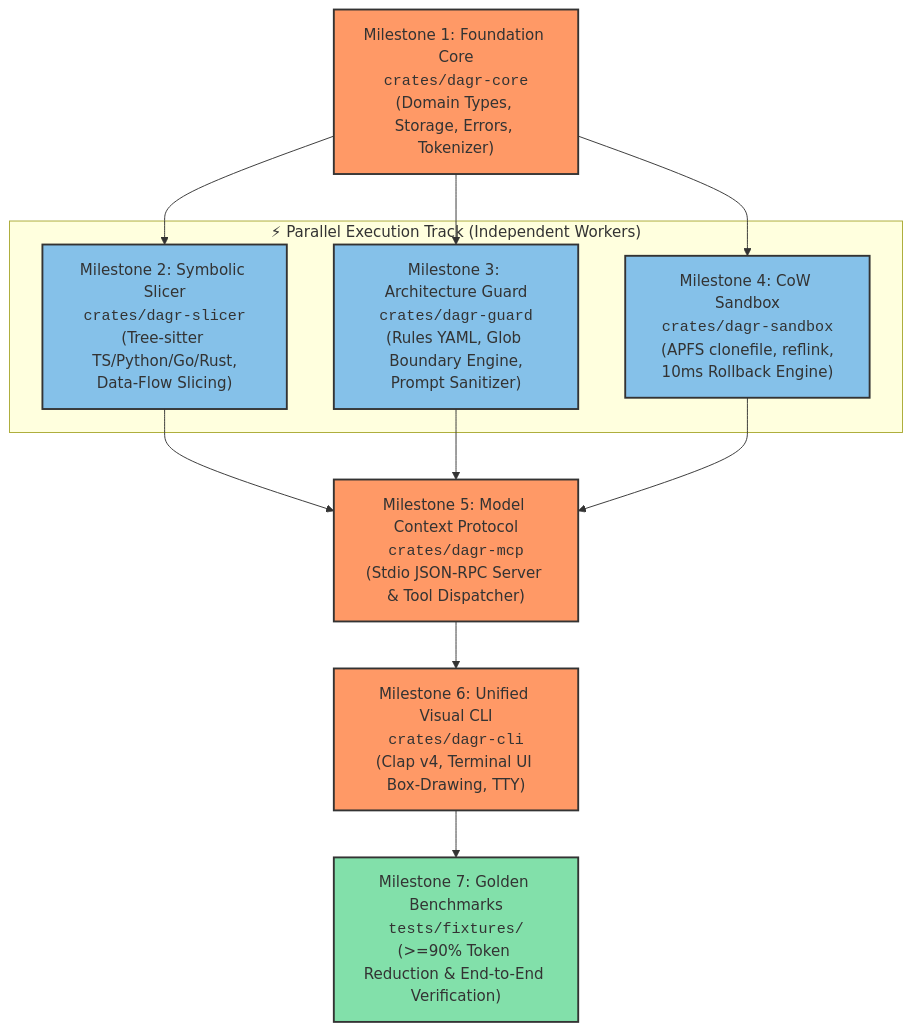
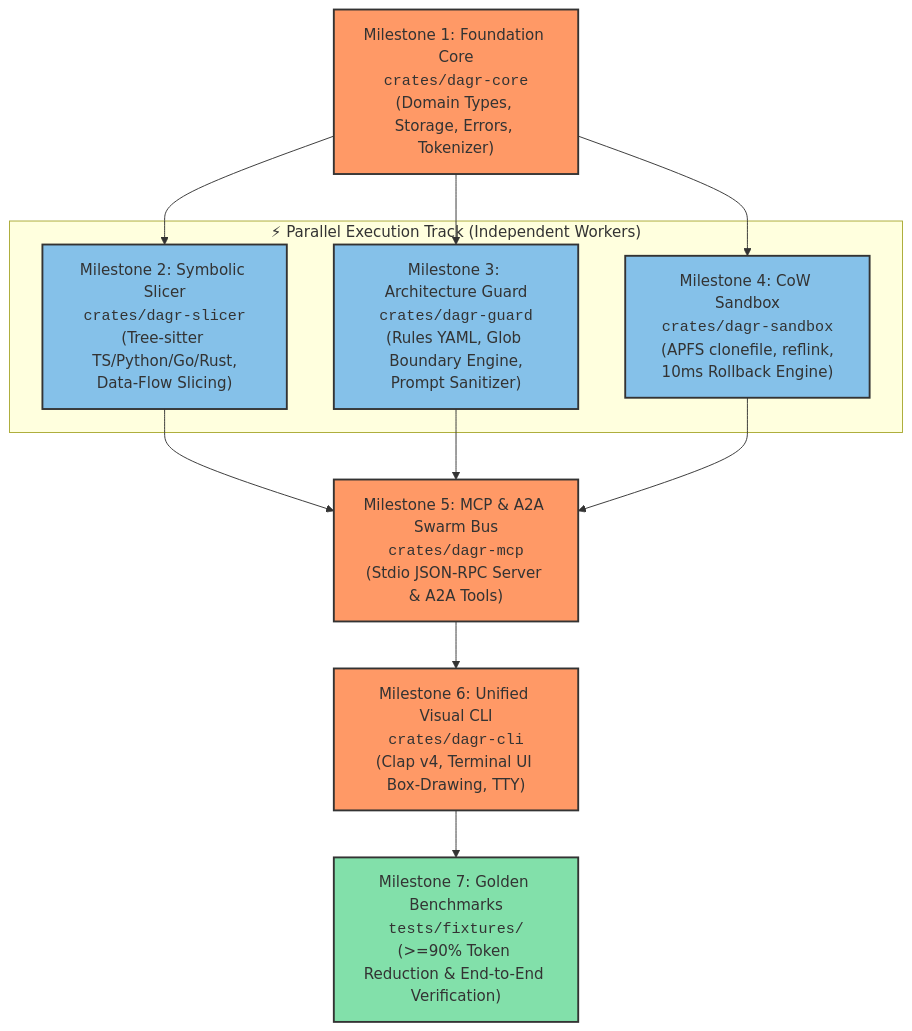
One commit to mjzd7/dagr changed the second of 2 diagrams in hyperplan.md. Above: the diagram before and after it, drawn with Mermaid. The commit also changed other lines of this file and 1 other file, not shown here.

Commit message:
feat(arch): add A2A (Agent-to-Agent) protocol specification, swarm bus diagrams, and 6-tool suite

````diff
--- a/hyperplan.md
+++ b/hyperplan.md
@@ -29,29 +143,29 @@
 ```mermaid
 graph TD
     classDef seq fill:#f96,stroke:#333,stroke-width:2px;
     classDef par fill:#85C1E9,stroke:#333,stroke-width:2px;
     classDef fin fill:#82E0AA,stroke:#333,stroke-width:2px;
 
     M1["Milestone 1: Foundation Core<br/><code>crates/dagr-core</code><br/>(Domain Types, Storage, Errors, Tokenizer)"]:::seq
 
     subgraph Parallel_Execution_Cluster ["⚡ Parallel Execution Track (Independent Workers)"]
         M2["Milestone 2: Symbolic Slicer<br/><code>crates/dagr-slicer</code><br/>(Tree-sitter TS/Python/Go/Rust,<br/>Data-Flow Slicing)"]:::par
         M3["Milestone 3: Architecture Guard<br/><code>crates/dagr-guard</code><br/>(Rules YAML, Glob Boundary Engine,<br/>Prompt Sanitizer)"]:::par
         M4["Milestone 4: CoW Sandbox<br/><code>crates/dagr-sandbox</code><br/>(APFS clonefile, reflink,<br/>10ms Rollback Engine)"]:::par
     end
 
-    M5["Milestone 5: Model Context Protocol<br/><code>crates/dagr-mcp</code><br/>(Stdio JSON-RPC Server & Tool Dispatcher)"]:::seq
+    M5["Milestone 5: MCP & A2A Swarm Bus<br/><code>crates/dagr-mcp</code><br/>(Stdio JSON-RPC Server & A2A Tools)"]:::seq
     M6["Milestone 6: Unified Visual CLI<br/><code>crates/dagr-cli</code><br/>(Clap v4, Terminal UI Box-Drawing, TTY)"]:::seq
     M7["Milestone 7: Golden Benchmarks<br/><code>tests/fixtures/</code><br/>(>=90% Token Reduction & End-to-End Verification)"]:::fin
 
     M1 --> M2
     M1 --> M3
     M1 --> M4
 
     M2 --> M5
     M3 --> M5
     M4 --> M5
 
     M5 --> M6
     M6 --> M7
 ```
````
